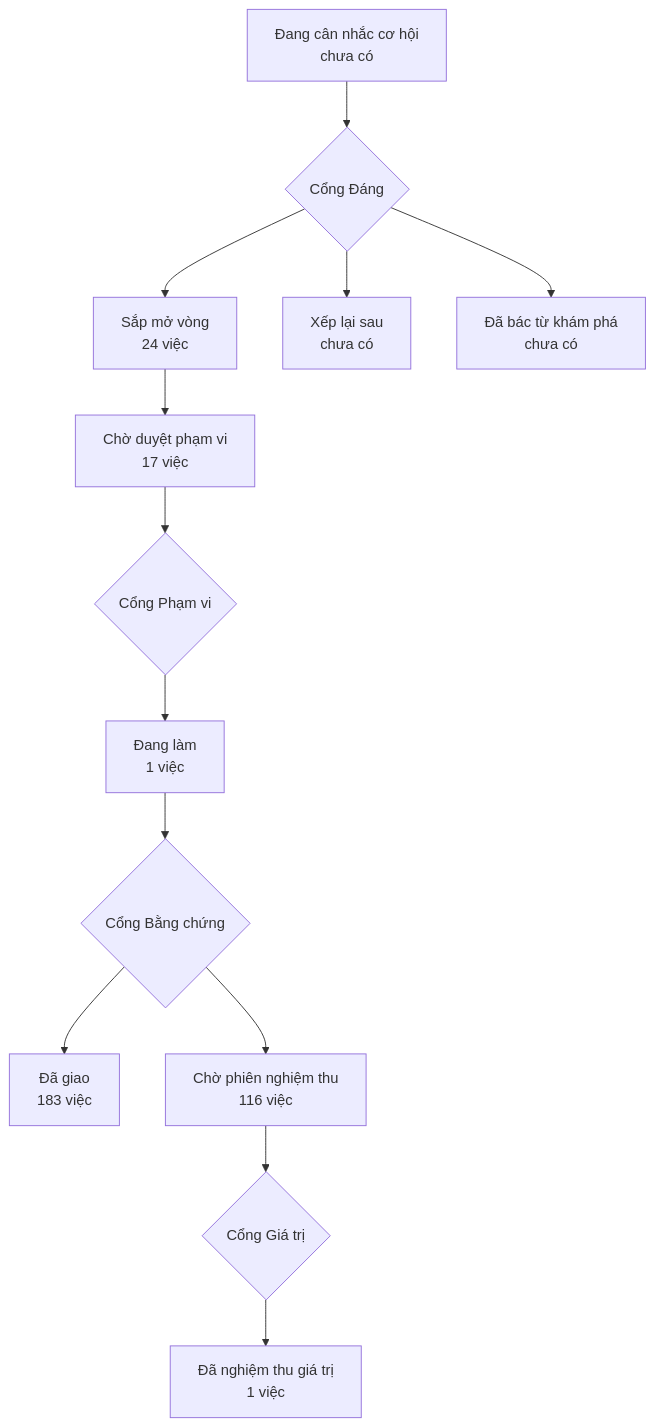
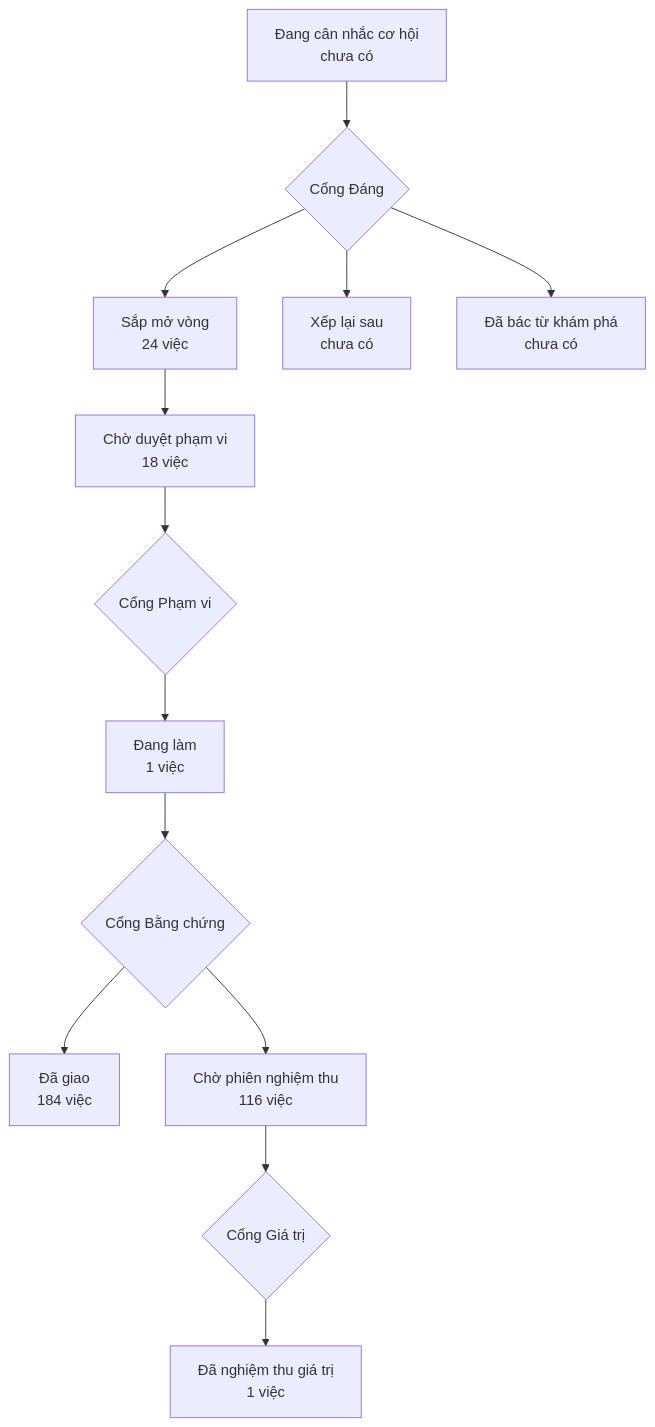
Before and after one commit to phanlemanh/onehub-invest: the diagram in PRODUCT-MAP.md, drawn with Mermaid. The commit also changed other lines of this file and 1 other file, not shown here.

Commit message:
chore(map): sinh lại bản đồ sau khi gộp main c20db206

````diff
--- a/PRODUCT-MAP.md
+++ b/PRODUCT-MAP.md
@@ -7,12 +7,12 @@
 ```mermaid
 flowchart TD
   A["Đang cân nhắc cơ hội<br/>chưa có"] --> GD{"Cổng Đáng"}
   GD --> B["Sắp mở vòng<br/>24 việc"]
   GD --> XL["Xếp lại sau<br/>chưa có"]
   GD --> DB["Đã bác từ khám phá<br/>chưa có"]
-  B --> CD["Chờ duyệt phạm vi<br/>17 việc"] --> GP{"Cổng Phạm vi"}
+  B --> CD["Chờ duyệt phạm vi<br/>18 việc"] --> GP{"Cổng Phạm vi"}
   GP --> DL["Đang làm<br/>1 việc"] --> GB{"Cổng Bằng chứng"}
-  GB --> DG["Đã giao<br/>183 việc"]
+  GB --> DG["Đã giao<br/>184 việc"]
   GB --> CN["Chờ phiên nghiệm thu<br/>116 việc"] --> GG{"Cổng Giá trị"}
   GG --> NT["Đã nghiệm thu giá trị<br/>1 việc"]
 ```
````
